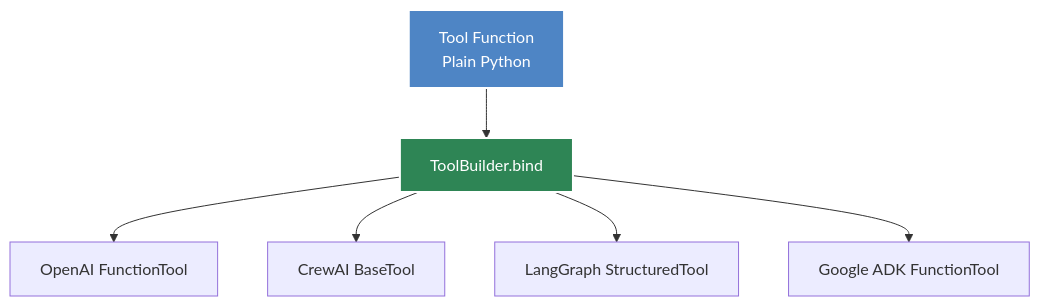
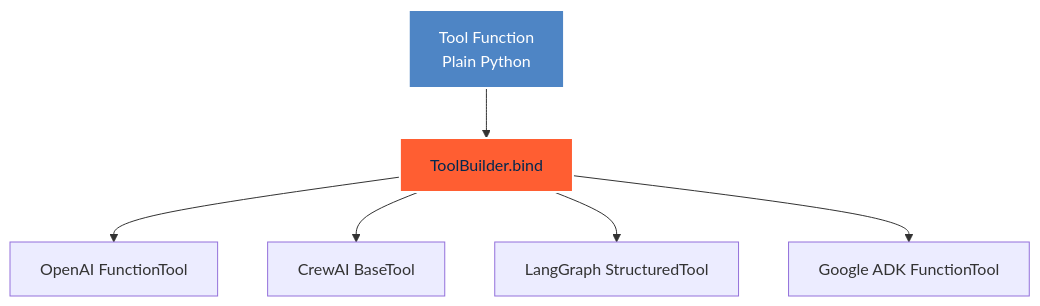
The diagram in docs/docs/core-concepts/tools.md (yaalalabs/agent-kernel), drawn with Mermaid before and after one commit. The commit also changed other lines of this file and 444 other files, not shown here.

````diff
--- a/docs/docs/core-concepts/tools.md
+++ b/docs/docs/core-concepts/tools.md
@@ -11,11 +11,11 @@
 ```mermaid
 graph TB
     A[Tool Function<br/>Plain Python] --> B[ToolBuilder.bind]
     B --> C[OpenAI FunctionTool]
     B --> D[CrewAI BaseTool]
     B --> E[LangGraph StructuredTool]
     B --> F[Google ADK FunctionTool]
 
     style A fill:#4e85c5,stroke:#fff,stroke-width:2px,color:#fff
-    style B fill:#2e8555,stroke:#fff,stroke-width:2px,color:#fff
+    style B fill:#FF5E32,stroke:#fff,stroke-width:2px,color:#02284F
 ```
````
